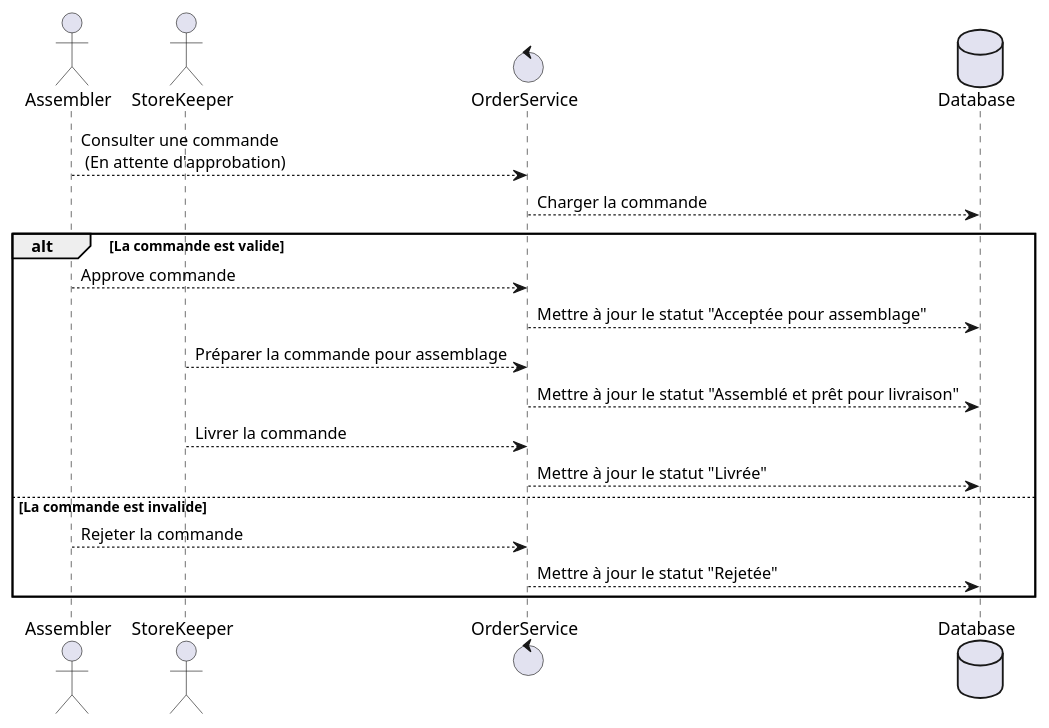
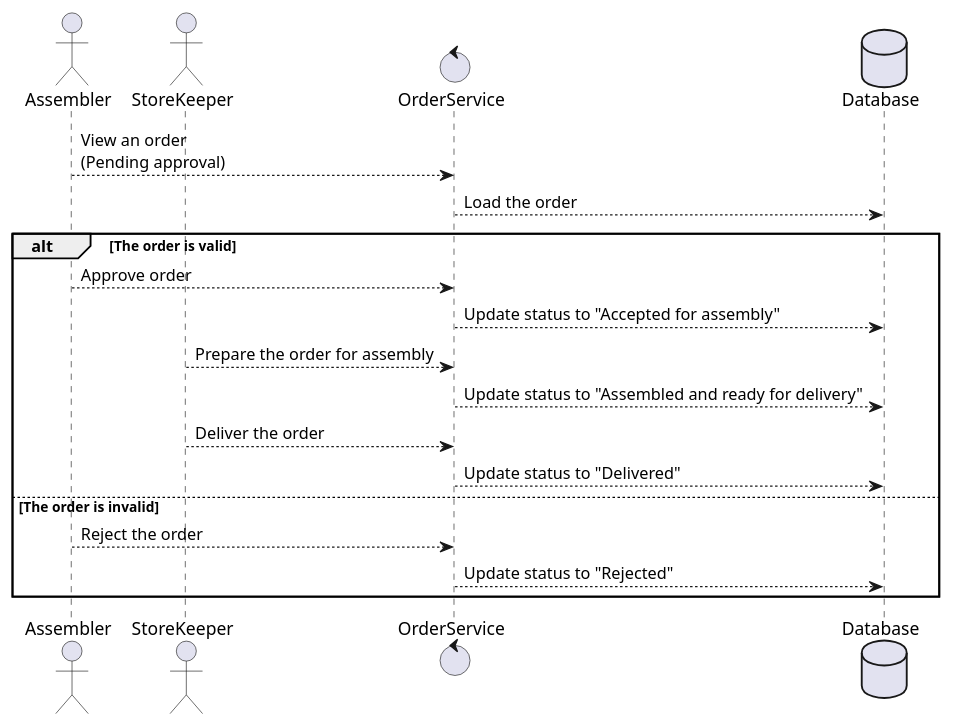
One commit to Yorkchk/PC_sur_mesure_Mobile_app changed the tenth of 15 diagrams in README.md. Above: the diagram before and after it, drawn with PlantUML. The commit also changed other lines of this file, not shown here.

````diff
--- a/README.md
+++ b/README.md
@@ -334,25 +319,27 @@
+```plantuml
 @startuml
 actor Assembler
 actor StoreKeeper
 
 control OrderService
 database Database
 
-Assembler --> OrderService : Consulter une commande\n (En attente d'approbation)
-OrderService --> Database : Charger la commande
+Assembler --> OrderService : View an order\n(Pending approval)
+OrderService --> Database : Load the order
 
-alt La commande est valide
-    Assembler --> OrderService : Approve commande
-    OrderService --> Database : Mettre à jour le statut "Acceptée pour assemblage"
-    
-    StoreKeeper --> OrderService : Préparer la commande pour assemblage
-    OrderService --> Database : Mettre à jour le statut "Assemblé et prêt pour livraison"
-    
-    StoreKeeper --> OrderService : Livrer la commande
-    OrderService --> Database : Mettre à jour le statut "Livrée"
-    
-else La commande est invalide
-    Assembler --> OrderService : Rejeter la commande
-    OrderService --> Database : Mettre à jour le statut "Rejetée"
+alt The order is valid
+    Assembler --> OrderService : Approve order
+    OrderService --> Database : Update status to "Accepted for assembly"
+
+    StoreKeeper --> OrderService : Prepare the order for assembly
+    OrderService --> Database : Update status to "Assembled and ready for delivery"
+
+    StoreKeeper --> OrderService : Deliver the order
+    OrderService --> Database : Update status to "Delivered"
+
+else The order is invalid
+    Assembler --> OrderService : Reject the order
+    OrderService --> Database : Update status to "Rejected"
 end
 @enduml
+```
````
